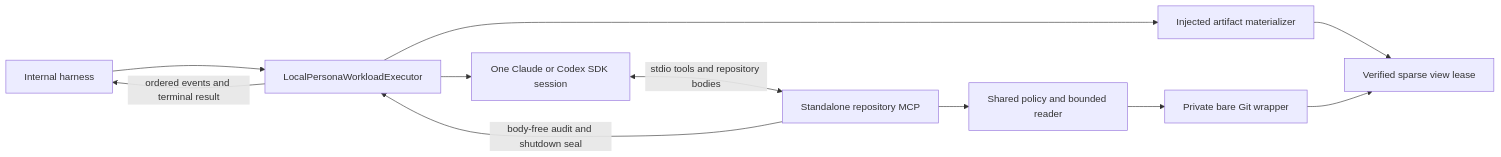
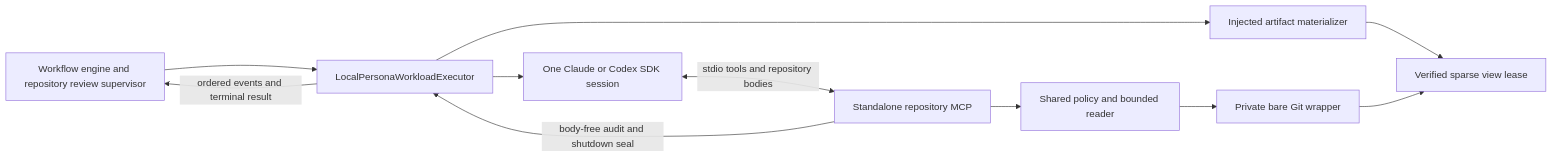
The diagram in docs/repository-review-workloads.md (teamupstart/mission-control), drawn with Mermaid before and after one commit. The commit also changed other lines of this file and 56 other files, not shown here.

````diff
--- a/docs/repository-review-workloads.md
+++ b/docs/repository-review-workloads.md
@@ -9,13 +10,13 @@
 ```mermaid
 flowchart LR
-  Harness[Internal harness] --> Executor[LocalPersonaWorkloadExecutor]
+  Harness[Workflow engine and repository review supervisor] --> Executor[LocalPersonaWorkloadExecutor]
   Executor --> Materializer[Injected artifact materializer]
   Materializer --> Lease[Verified sparse view lease]
   Executor --> Provider[One Claude or Codex SDK session]
   Provider <-->|stdio tools and repository bodies| MCP[Standalone repository MCP]
   MCP --> Reader[Shared policy and bounded reader]
   Reader --> Git[Private bare Git wrapper]
   Git --> Lease
   MCP -->|body-free audit and shutdown seal| Executor
   Executor -->|ordered events and terminal result| Harness
 ```
````
